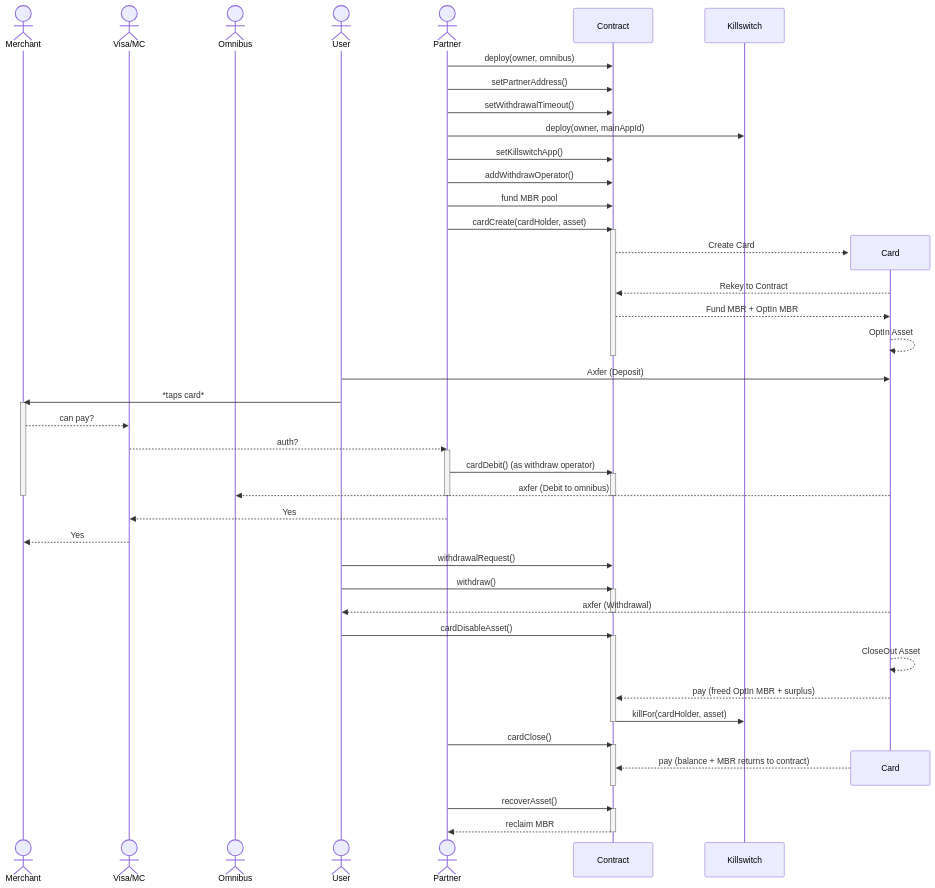
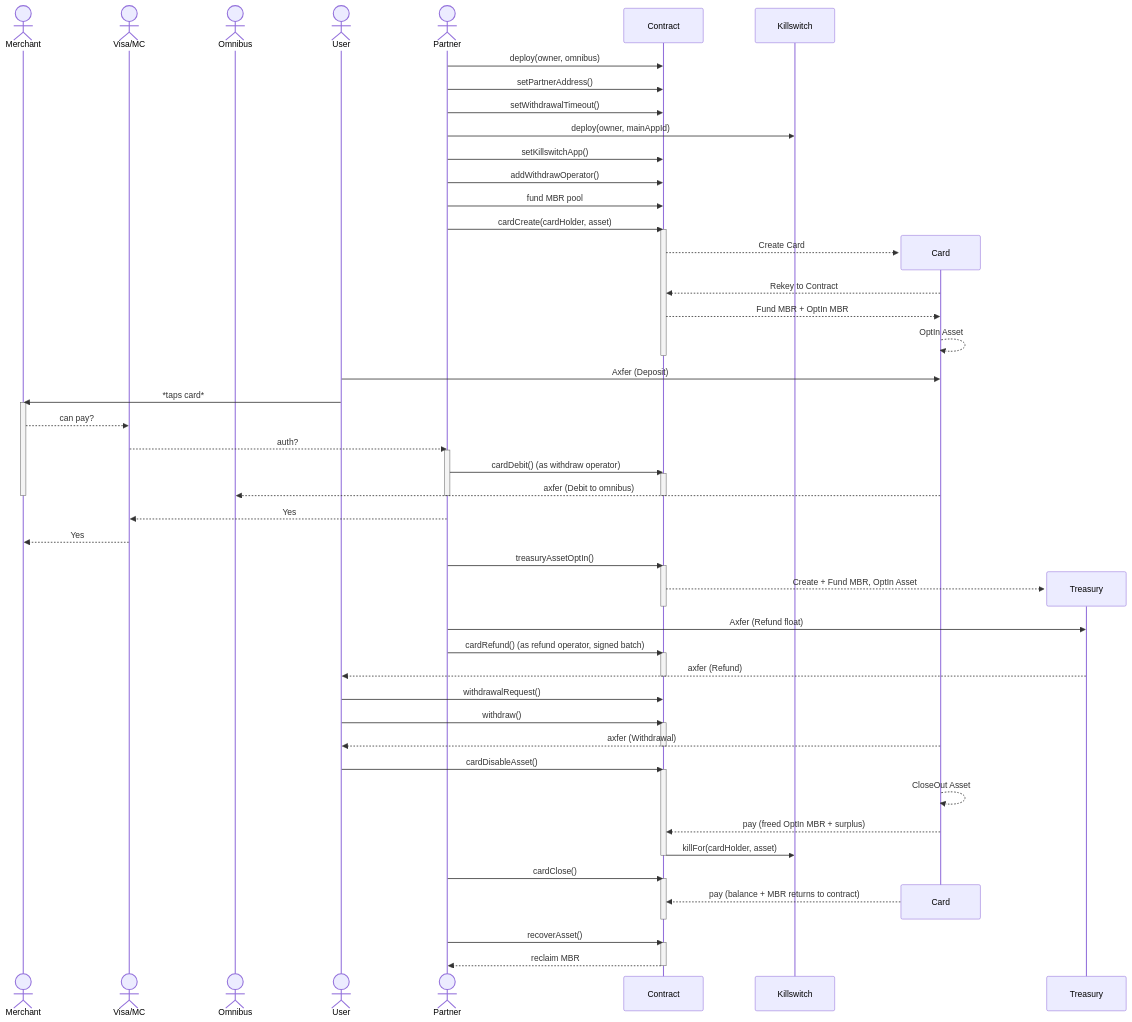
One commit to algorandfoundation/auto-draw-card changed the second of 2 diagrams in projects/auto-draw-card/README.md. Above: the diagram before and after it, drawn with Mermaid. The commit also changed other lines of this file and 12 other files, not shown here.

````diff
--- a/projects/auto-draw-card/README.md
+++ b/projects/auto-draw-card/README.md
@@ -260,59 +316,69 @@
 ```mermaid
 sequenceDiagram
     actor Merchant
     actor Visa/MC
     actor Omnibus
     actor User
     actor Partner
     participant Contract
     participant Killswitch
     Partner->>Contract: deploy(owner, omnibus)
     Partner->>Contract: setPartnerAddress()
     Partner->>Contract: setWithdrawalTimeout()
     Partner->>Killswitch: deploy(owner, mainAppId)
     Partner->>Contract: setKillswitchApp()
     Partner->>Contract: addWithdrawOperator()
     Partner->>Contract: fund MBR pool
     Partner->>Contract: cardCreate(cardHolder, asset)
     activate Contract
     create participant Card
     Contract-->>Card: Create Card
     Card-->>Contract: Rekey to Contract
     Contract-->>Card: Fund MBR + OptIn MBR
     Card-->>Card: OptIn Asset
     deactivate Contract
     User->>Card: Axfer (Deposit)
     User->>Merchant: *taps card*
     activate Merchant
     Merchant-->>Visa/MC: can pay?
     Visa/MC-->>Partner: auth?
     activate Partner
     Partner->>Contract: cardDebit() (as withdraw operator)
     activate Contract
     Card-->>Omnibus: axfer (Debit to omnibus)
     deactivate Partner
     deactivate Merchant
     deactivate Contract
     Partner-->>Visa/MC: Yes
     Visa/MC-->>Merchant: Yes
+    Partner->>Contract: treasuryAssetOptIn()
+    activate Contract
+    create participant Treasury
+    Contract-->>Treasury: Create + Fund MBR, OptIn Asset
+    deactivate Contract
+    Partner->>Treasury: Axfer (Refund float)
+    Partner->>Contract: cardRefund() (as refund operator, signed batch)
+    activate Contract
+    Treasury-->>User: axfer (Refund)
+    deactivate Contract
     User->>Contract: withdrawalRequest()
     User->>Contract: withdraw()
     activate Contract
     Card-->>User: axfer (Withdrawal)
     deactivate Contract
     User->>Contract: cardDisableAsset()
     activate Contract
     Card-->>Card: CloseOut Asset
     Card-->>Contract: pay (freed OptIn MBR + surplus)
     Contract->>Killswitch: killFor(cardHolder, asset)
     deactivate Contract
     Partner->>Contract: cardClose()
     activate Contract
     destroy Card
     Card-->>Contract: pay (balance + MBR returns to contract)
     deactivate Contract
     Partner->>Contract: recoverAsset()
     activate Contract
     Contract-->>Partner: reclaim MBR
     deactivate Contract
 ```
````
